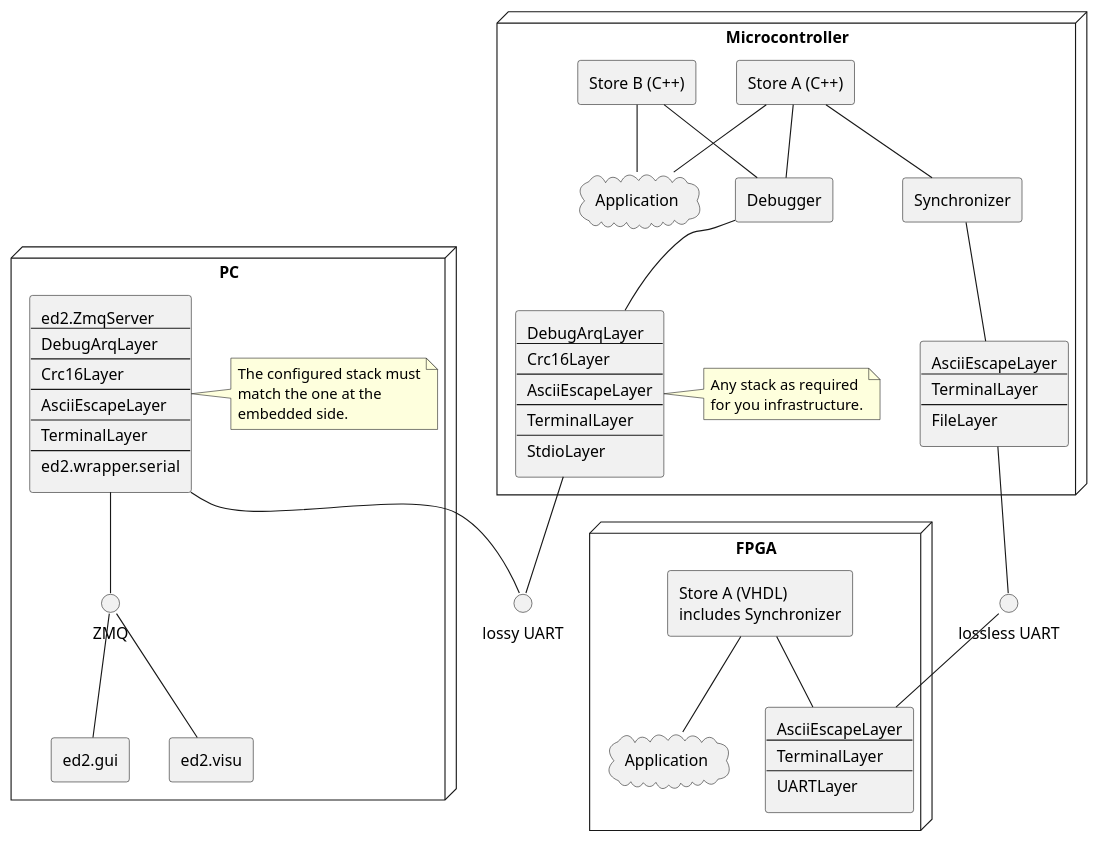
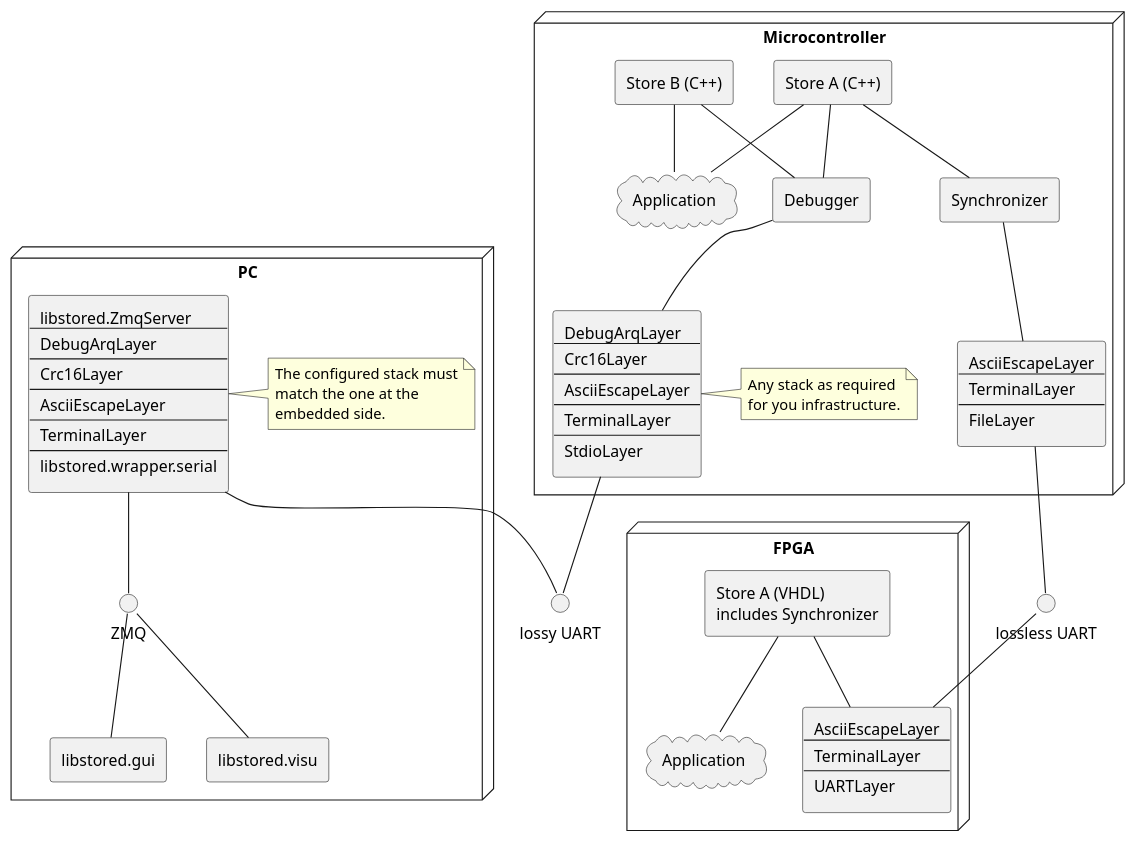
Before and after one commit to DEMCON/libstored: the second of 2 diagrams in sphinx/doc/workflow.rst, drawn with PlantUML. The commit also changed 11 other files, not shown here.

```diff
--- a/sphinx/doc/workflow.rst
+++ b/sphinx/doc/workflow.rst
@@ -99,7 +99,7 @@
 
    node "PC" {
       rectangle wrapper [
-         ed2.ZmqServer
+         libstored.ZmqServer
          ----
          DebugArqLayer
          ----
@@ -109,7 +109,7 @@
          ----
          TerminalLayer
          ----
-         ed2.wrapper.serial
+         libstored.wrapper.serial
       ]
       wrapper -- UART
 
@@ -123,12 +123,12 @@
       wrapper -- ZMQ
 
       rectangle gui [
-         ed2.gui
+         libstored.gui
       ]
       ZMQ -- gui
 
       rectangle visu [
-         ed2.visu
+         libstored.visu
       ]
       ZMQ -- visu
    }
```
